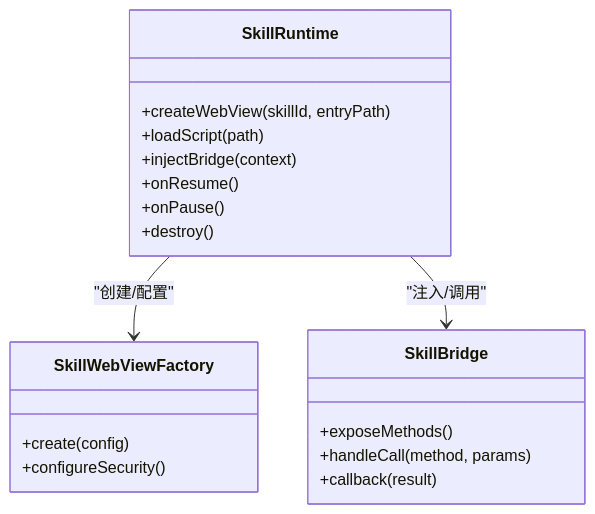
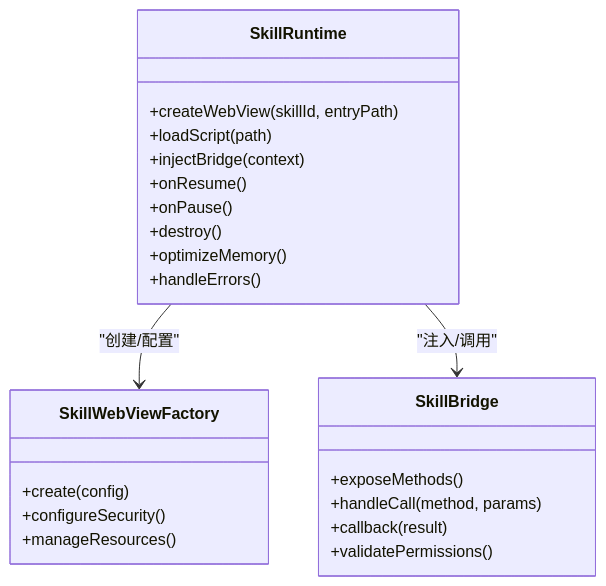
The fourth of 7 diagrams in .qoder/repowiki/zh/content/架构设计/技能插件系统/技能插件系统.md (qiaodashaoye/ziyou-ime), drawn with Mermaid before and after one commit. The commit also changed other lines of this file and 7 other files, not shown here.

````diff
--- a/.qoder/repowiki/zh/content/架构设计/技能插件系统/技能插件系统.md
+++ b/.qoder/repowiki/zh/content/架构设计/技能插件系统/技能插件系统.md
@@ -233,22 +210,26 @@
 ```mermaid
 classDiagram
 class SkillRuntime {
 +createWebView(skillId, entryPath)
 +loadScript(path)
 +injectBridge(context)
 +onResume()
 +onPause()
 +destroy()
++optimizeMemory()
++handleErrors()
 }
 class SkillWebViewFactory {
 +create(config)
 +configureSecurity()
++manageResources()
 }
 class SkillBridge {
 +exposeMethods()
 +handleCall(method, params)
 +callback(result)
++validatePermissions()
 }
 SkillRuntime --> SkillWebViewFactory : "创建/配置"
 SkillRuntime --> SkillBridge : "注入/调用"
 ```
````
